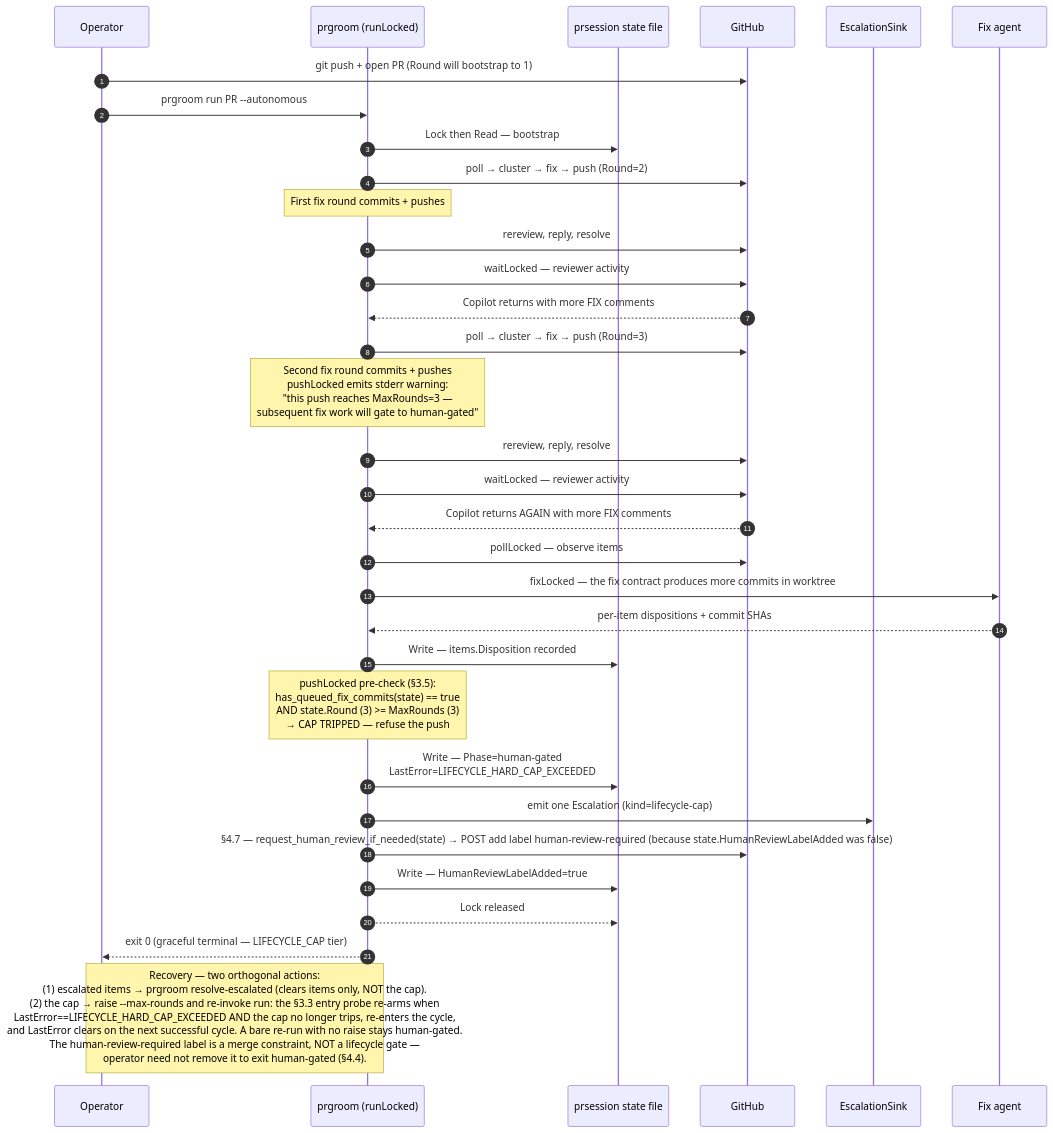
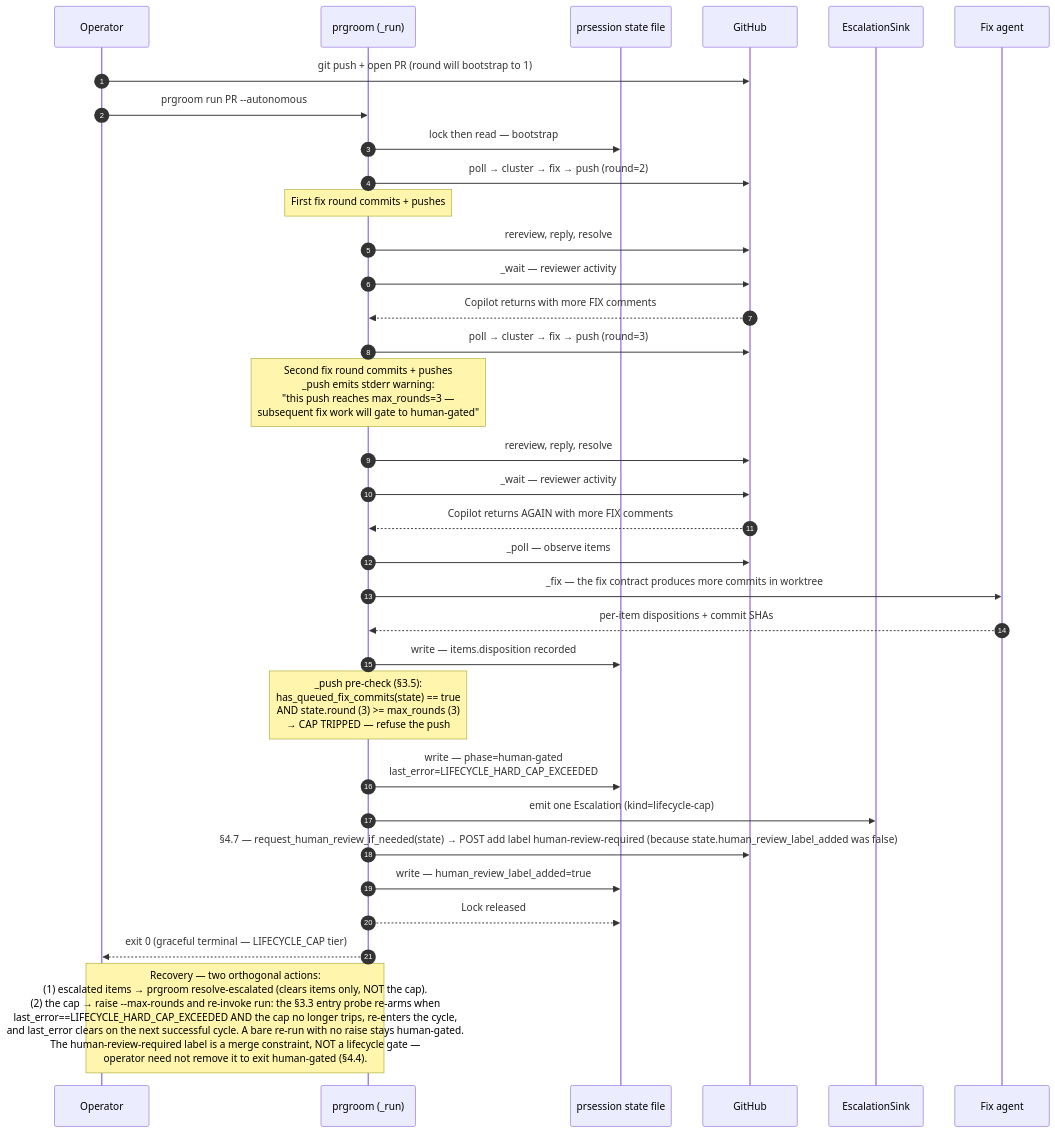
One commit to scotthamilton77/agents-config changed the third of 4 diagrams in docs/architecture/prgroom/sequences.md. Above: the diagram before and after it, drawn with Mermaid. The commit also changed other lines of this file and 9 other files, not shown here.

First line of the commit message:
docs(prgroom): convert architecture HLDs from Go to Python (fca6.14)

````diff
--- a/docs/architecture/prgroom/sequences.md
+++ b/docs/architecture/prgroom/sequences.md
@@ -163,42 +163,42 @@
 ```mermaid
 sequenceDiagram
     autonumber
     participant Op as Operator
-    participant PG as prgroom (runLocked)
+    participant PG as prgroom (_run)
     participant State as prsession state file
     participant GH as GitHub
     participant Sink as EscalationSink
     participant Fix as Fix agent
 
-    Op->>GH: git push + open PR (Round will bootstrap to 1)
+    Op->>GH: git push + open PR (round will bootstrap to 1)
     Op->>PG: prgroom run PR --autonomous
 
-    PG->>State: Lock then Read — bootstrap
-    PG->>GH: poll → cluster → fix → push (Round=2)
+    PG->>State: lock then read — bootstrap
+    PG->>GH: poll → cluster → fix → push (round=2)
     Note over PG: First fix round commits + pushes
     PG->>GH: rereview, reply, resolve
-    PG->>GH: waitLocked — reviewer activity
+    PG->>GH: _wait — reviewer activity
 
     GH-->>PG: Copilot returns with more FIX comments
-    PG->>GH: poll → cluster → fix → push (Round=3)
-    Note over PG: Second fix round commits + pushes<br/>pushLocked emits stderr warning:<br/>"this push reaches MaxRounds=3 —<br/>subsequent fix work will gate to human-gated"
+    PG->>GH: poll → cluster → fix → push (round=3)
+    Note over PG: Second fix round commits + pushes<br/>_push emits stderr warning:<br/>"this push reaches max_rounds=3 —<br/>subsequent fix work will gate to human-gated"
     PG->>GH: rereview, reply, resolve
-    PG->>GH: waitLocked — reviewer activity
+    PG->>GH: _wait — reviewer activity
 
     GH-->>PG: Copilot returns AGAIN with more FIX comments
-    PG->>GH: pollLocked — observe items
-    PG->>Fix: fixLocked — the fix contract produces more commits in worktree
+    PG->>GH: _poll — observe items
+    PG->>Fix: _fix — the fix contract produces more commits in worktree
     Fix-->>PG: per-item dispositions + commit SHAs
-    PG->>State: Write — items.Disposition recorded
+    PG->>State: write — items.disposition recorded
 
-    Note over PG: pushLocked pre-check (§3.5):<br/>has_queued_fix_commits(state) == true<br/>AND state.Round (3) >= MaxRounds (3)<br/>→ CAP TRIPPED — refuse the push
+    Note over PG: _push pre-check (§3.5):<br/>has_queued_fix_commits(state) == true<br/>AND state.round (3) >= max_rounds (3)<br/>→ CAP TRIPPED — refuse the push
 
-    PG->>State: Write — Phase=human-gated<br/>LastError=LIFECYCLE_HARD_CAP_EXCEEDED
+    PG->>State: write — phase=human-gated<br/>last_error=LIFECYCLE_HARD_CAP_EXCEEDED
     PG->>Sink: emit one Escalation (kind=lifecycle-cap)
-    PG->>GH: §4.7 — request_human_review_if_needed(state) → POST add label human-review-required (because state.HumanReviewLabelAdded was false)
-    PG->>State: Write — HumanReviewLabelAdded=true
+    PG->>GH: §4.7 — request_human_review_if_needed(state) → POST add label human-review-required (because state.human_review_label_added was false)
+    PG->>State: write — human_review_label_added=true
     PG-->>State: Lock released
     PG-->>Op: exit 0 (graceful terminal — LIFECYCLE_CAP tier)
 
-    Note over Op,PG: Recovery — two orthogonal actions:<br/>(1) escalated items → prgroom resolve-escalated (clears items only, NOT the cap).<br/>(2) the cap → raise --max-rounds and re-invoke run: the §3.3 entry probe re-arms when<br/>LastError==LIFECYCLE_HARD_CAP_EXCEEDED AND the cap no longer trips, re-enters the cycle,<br/>and LastError clears on the next successful cycle. A bare re-run with no raise stays human-gated.<br/>The human-review-required label is a merge constraint, NOT a lifecycle gate —<br/>operator need not remove it to exit human-gated (§4.4).
+    Note over Op,PG: Recovery — two orthogonal actions:<br/>(1) escalated items → prgroom resolve-escalated (clears items only, NOT the cap).<br/>(2) the cap → raise --max-rounds and re-invoke run: the §3.3 entry probe re-arms when<br/>last_error==LIFECYCLE_HARD_CAP_EXCEEDED AND the cap no longer trips, re-enters the cycle,<br/>and last_error clears on the next successful cycle. A bare re-run with no raise stays human-gated.<br/>The human-review-required label is a merge constraint, NOT a lifecycle gate —<br/>operator need not remove it to exit human-gated (§4.4).
 ```
````
